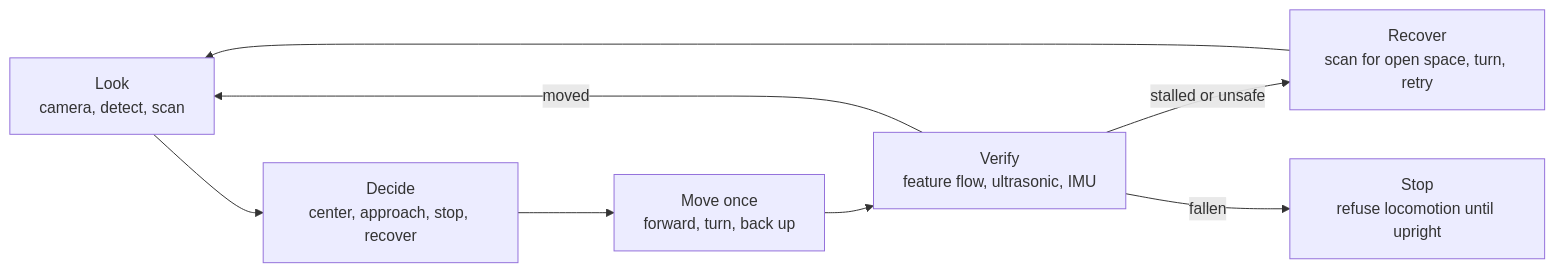
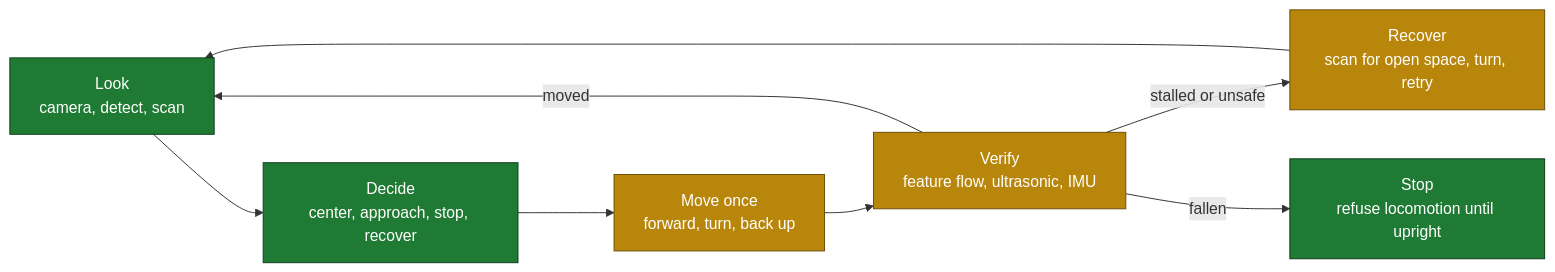
One commit to alexbhandari/pidog-public changed the first of 6 diagrams in ARCHITECTURE.md. Above: the diagram before and after it, drawn with Mermaid. The commit also changed other lines of this file, not shown here.

Commit message:
sync public docs: OVERVIEW + STATUS + ARCHITECTURE (+ recordings) (2026-06-18)

````diff
--- a/ARCHITECTURE.md
+++ b/ARCHITECTURE.md
@@ -26,10 +26,17 @@
 ```mermaid
 flowchart LR
   Look["Look<br/>camera, detect, scan"] --> Decide["Decide<br/>center, approach, stop, recover"]
   Decide --> Move["Move once<br/>forward, turn, back up"]
   Move --> Verify["Verify<br/>feature flow, ultrasonic, IMU"]
   Verify -->|moved| Look
   Verify -->|stalled or unsafe| Recover["Recover<br/>scan for open space, turn, retry"]
   Recover --> Look
   Verify -->|fallen| Stop["Stop<br/>refuse locomotion until upright"]
+  classDef proven fill:#1f7a33,stroke:#0f3d1a,color:#fff
+  classDef wip fill:#b8860b,stroke:#6b4f08,color:#fff
+  classDef assumed fill:#c2641a,stroke:#7a3f10,color:#fff
+  classDef broken fill:#9e1c1c,stroke:#5c0f0f,color:#fff
+  classDef todo fill:#777,stroke:#444,color:#fff
+  class Look,Decide,Stop proven
+  class Move,Verify,Recover wip
 ```
````
